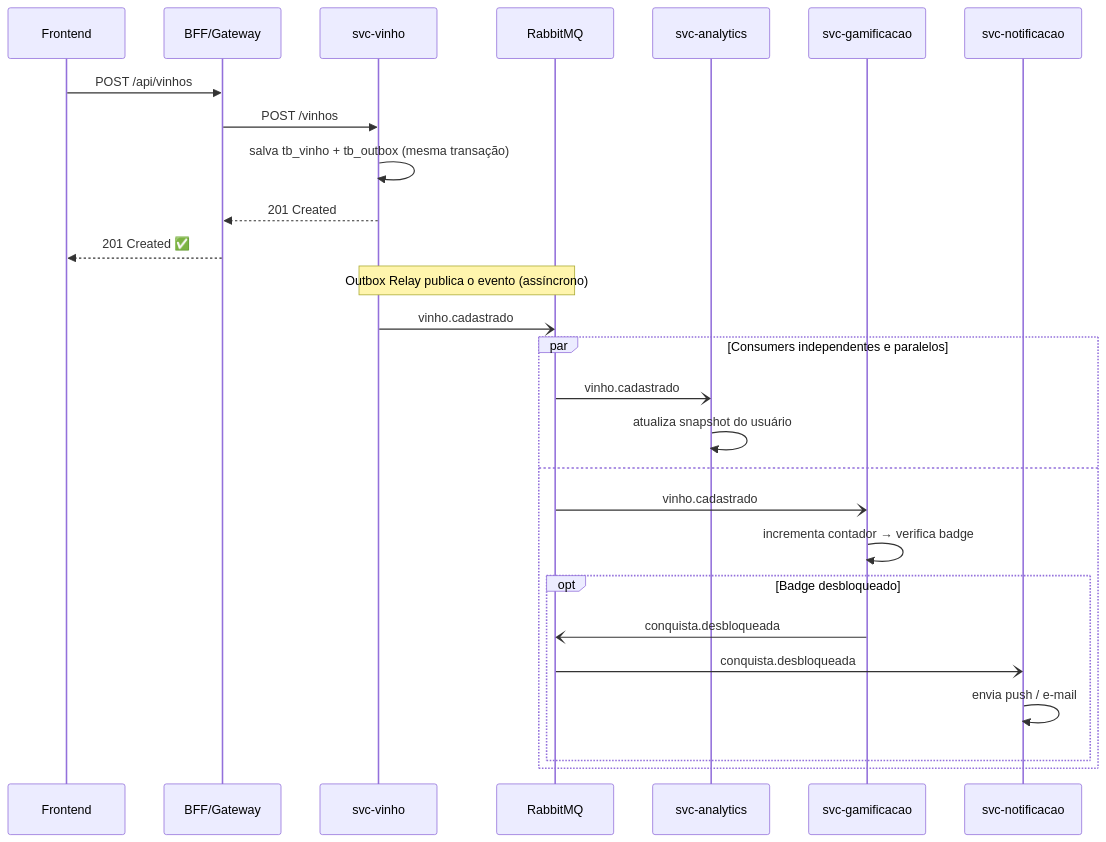
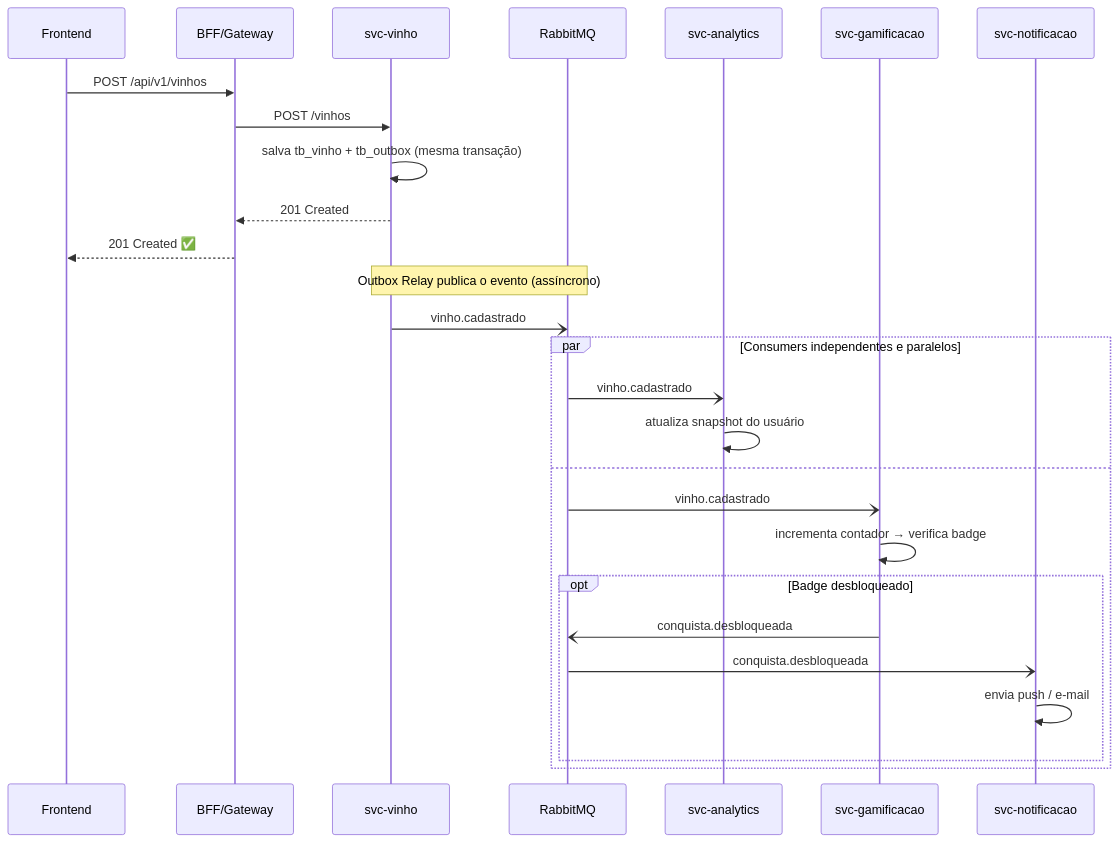
Before and after one commit to vanderleik/vinho-notas-v2: the seventh of 11 diagrams in docs/arquitetura/Arquitetura_de_Backend.md, drawn with Mermaid. The commit also changed other lines of this file and 14 other files, not shown here.

````diff
--- a/docs/arquitetura/Arquitetura_de_Backend.md
+++ b/docs/arquitetura/Arquitetura_de_Backend.md
@@ -649,32 +649,32 @@
 ```mermaid
 sequenceDiagram
     participant FE   as Frontend
     participant BFF  as BFF/Gateway
     participant VIN  as svc-vinho
     participant MQ   as RabbitMQ
     participant ANA  as svc-analytics
     participant GAMI as svc-gamificacao
     participant NOTI as svc-notificacao
 
-    FE   ->>  BFF: POST /api/vinhos
+    FE   ->>  BFF: POST /api/v1/vinhos
     BFF  ->>  VIN: POST /vinhos
     VIN  ->>  VIN: salva tb_vinho + tb_outbox (mesma transação)
     VIN  -->> BFF: 201 Created
     BFF  -->> FE:  201 Created ✅
 
     Note over VIN,MQ: Outbox Relay publica o evento (assíncrono)
     VIN  -)   MQ:  vinho.cadastrado
 
     par Consumers independentes e paralelos
         MQ   -)   ANA:  vinho.cadastrado
         ANA  ->>  ANA:  atualiza snapshot do usuário
     and
         MQ   -)   GAMI: vinho.cadastrado
         GAMI ->>  GAMI: incrementa contador → verifica badge
         opt Badge desbloqueado
             GAMI -)  MQ:   conquista.desbloqueada
             MQ   -)  NOTI: conquista.desbloqueada
             NOTI ->> NOTI: envia push / e-mail
         end
     end
 ```
````
